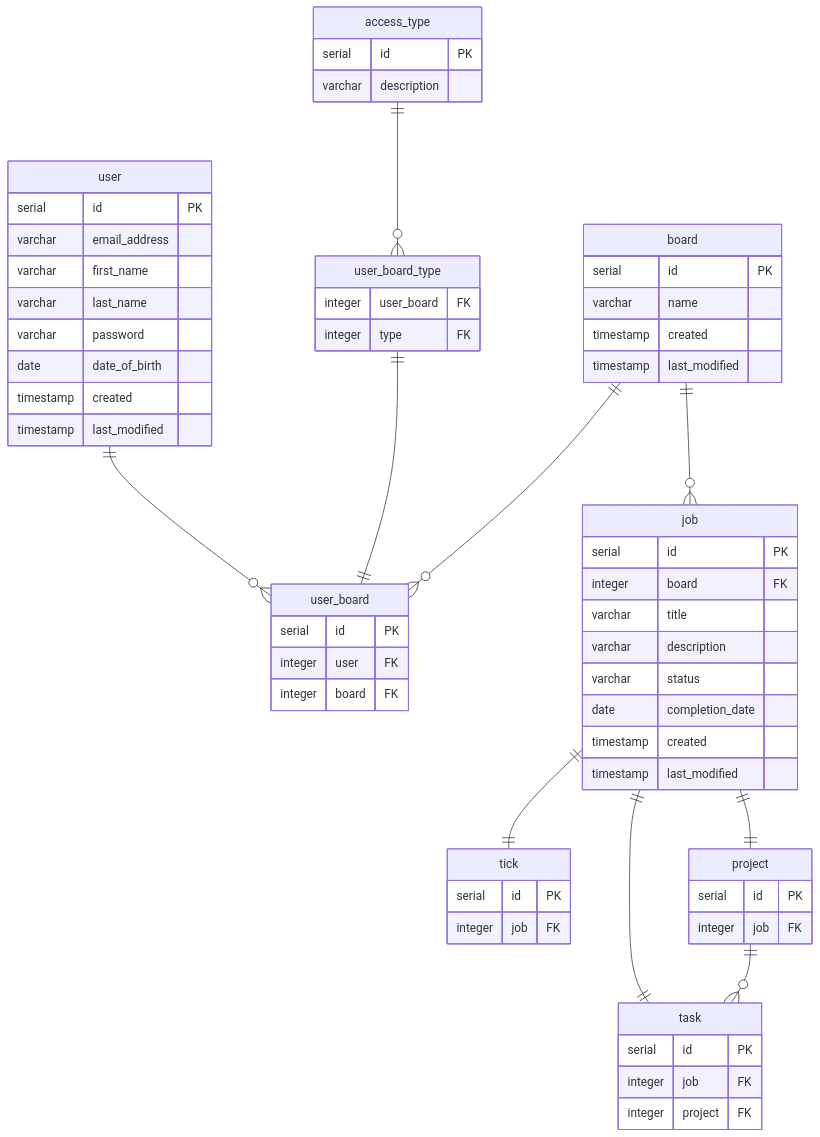
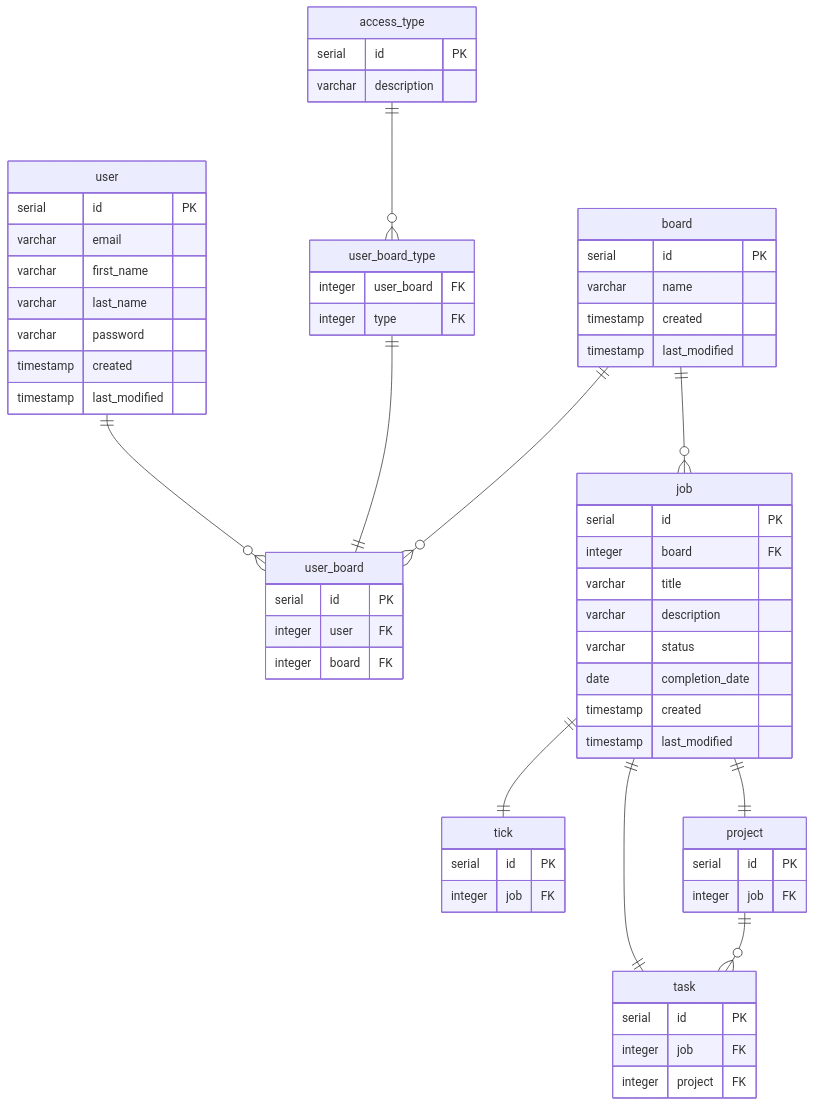
The second of 2 diagrams in README.md (lmckinley09/CoE-Todo), drawn with Mermaid before and after one commit. The commit also changed other lines of this file, not shown here.

````diff
--- a/README.md
+++ b/README.md
@@ -45,74 +45,73 @@
 ```mermaid
 erDiagram
  user ||--o{ user_board : ""
  user_board_type ||--|| user_board : ""
  board ||--o{ user_board : ""
  board ||--o{ job : ""
  access_type ||--o{ user_board_type : ""
  job ||--|| tick : ""
  job ||--|| task : ""
  job ||--|| project : ""
  project ||--o{ task : ""
 
     user {
         serial id PK
-        varchar email_address
+        varchar email
         varchar first_name
         varchar last_name
         varchar password
-        date date_of_birth
         timestamp created
         timestamp last_modified
     }
     
     user_board_type {
         integer user_board FK
         integer type FK
     }
     
     user_board {
         serial id PK
         integer user FK
         integer board FK
     }
     
     access_type {
         serial id PK
         varchar description 
     }
     
     board {
         serial id PK
         varchar name
         timestamp created
         timestamp last_modified
     }
     
     job {
         serial id PK
         integer board FK
         varchar title
         varchar description
         varchar status
         date completion_date
         timestamp created
         timestamp last_modified
     }
     
     tick {
         serial id PK
         integer job FK
     }
     
      task {
         serial id PK
         integer job FK
         integer project FK
     }
     
      project {
         serial id PK
         integer job FK
     }
 
 ```
````
